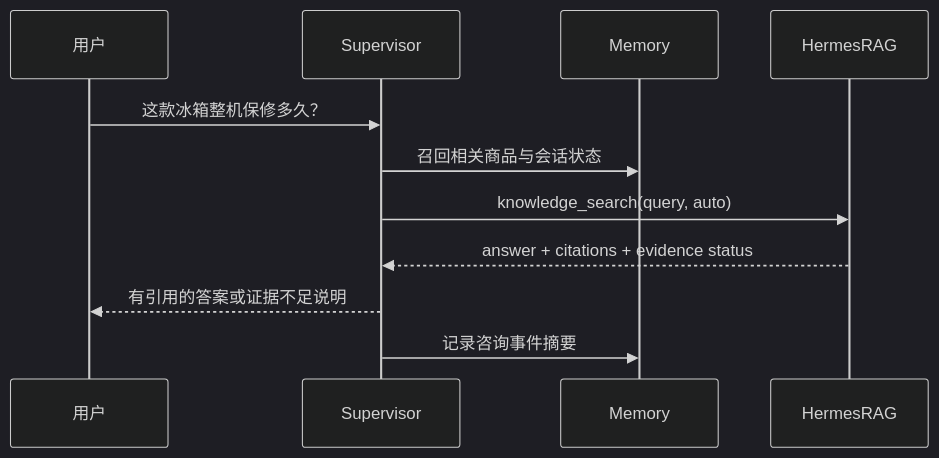
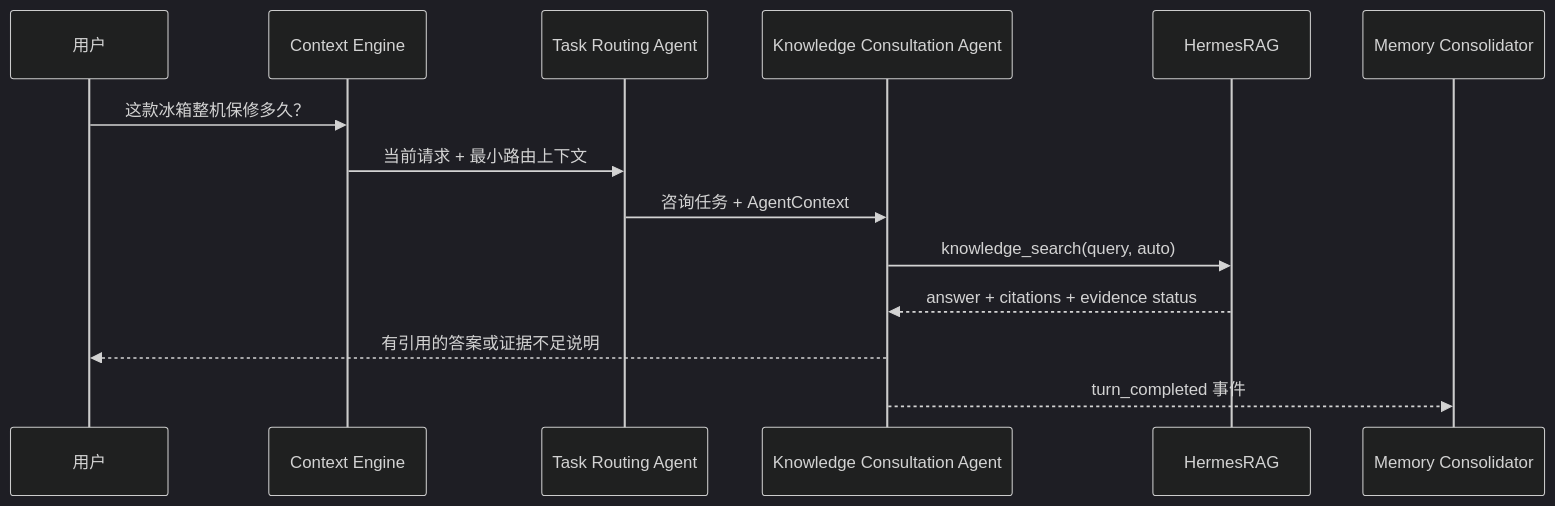
Before and after one commit to kaiy88117/JakePilot: the second of 3 diagrams in docs/superpowers/specs/2026-09-17-ecommerce-agent-architecture-design.md, drawn with Mermaid (dark theme). The commit also changed other lines of this file and 2 other files, not shown here.

````diff
--- a/docs/superpowers/specs/2026-09-17-ecommerce-agent-architecture-design.md
+++ b/docs/superpowers/specs/2026-09-17-ecommerce-agent-architecture-design.md
@@ -330,13 +541,16 @@
 ```mermaid
 sequenceDiagram
     participant U as 用户
-    participant S as Supervisor
-    participant M as Memory
+    participant C as Context Engine
+    participant R as Task Routing Agent
+    participant K as Knowledge Consultation Agent
     participant H as HermesRAG
-    U->>S: 这款冰箱整机保修多久？
-    S->>M: 召回相关商品与会话状态
-    S->>H: knowledge_search(query, auto)
-    H-->>S: answer + citations + evidence status
-    S-->>U: 有引用的答案或证据不足说明
-    S->>M: 记录咨询事件摘要
+    participant M as Memory Consolidator
+    U->>C: 这款冰箱整机保修多久？
+    C->>R: 当前请求 + 最小路由上下文
+    R->>K: 咨询任务 + AgentContext
+    K->>H: knowledge_search(query, auto)
+    H-->>K: answer + citations + evidence status
+    K-->>U: 有引用的答案或证据不足说明
+    K-->>M: turn_completed 事件
 ```
````
